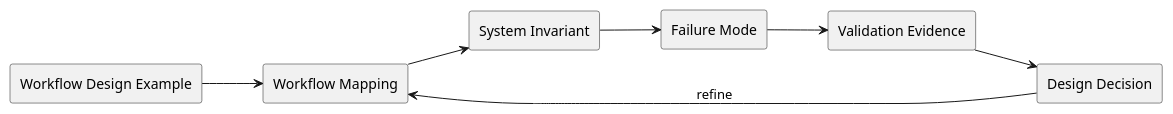
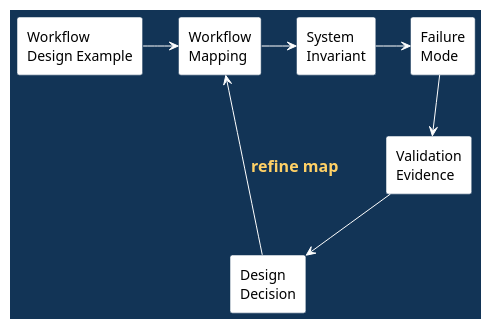
Before and after one commit to madajaju/CS5254: the first of 15 diagrams in doc/lectures/week5/workflow_example/README.slides.adoc, drawn with PlantUML. The commit also changed other lines of this file and 62 other files, not shown here.

```diff
--- a/doc/lectures/week5/workflow_example/README.slides.adoc
+++ b/doc/lectures/week5/workflow_example/README.slides.adoc
@@ -55,22 +22,30 @@
-[plantuml, target=architecture, format=svg, width=80%]
+[plantuml,workflow-reasoning-map,svg,width=100%]
 ----
 @startuml
-skinparam monochrome true
+skinparam BackgroundColor #123456
+skinparam DefaultFontColor white
+skinparam ArrowColor white
+skinparam ArrowFontColor #ffd166
+skinparam ArrowFontStyle bold
+skinparam ArrowFontSize 16
+skinparam BorderColor #123456
 skinparam shadowing false
-left to right direction
-
-rectangle "Workflow Design Example" as Topic
-rectangle "Workflow Mapping" as A
-rectangle "System Invariant" as B
-rectangle "Failure Mode" as C
-rectangle "Validation Evidence" as V
-rectangle "Design Decision" as D
-
-Topic --> A
-A --> B
-B --> C
-C --> V
-V --> D
-D --> A : refine
+skinparam rectangle {
+  BackgroundColor white
+  BorderColor #123456
+  FontColor black
+}
+rectangle "Workflow\nDesign Example" as Topic
+rectangle "Workflow\nMapping" as Mapping
+rectangle "System\nInvariant" as Invariant
+rectangle "Failure\nMode" as Failure
+rectangle "Validation\nEvidence" as Evidence
+rectangle "Design\nDecision" as Decision
+Topic -> Mapping
+Mapping -> Invariant
+Invariant -> Failure
+Failure --> Evidence
+Evidence --> Decision
+Decision --> Mapping : refine map
 @enduml
 ----
```
